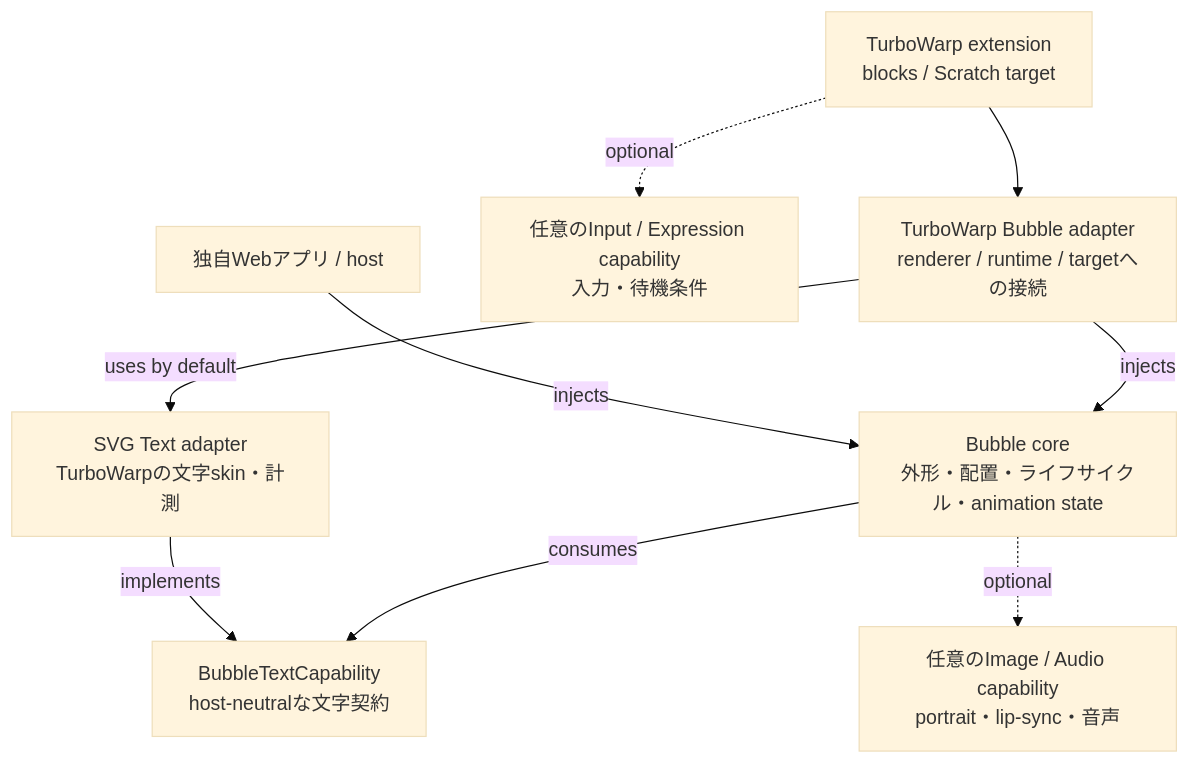
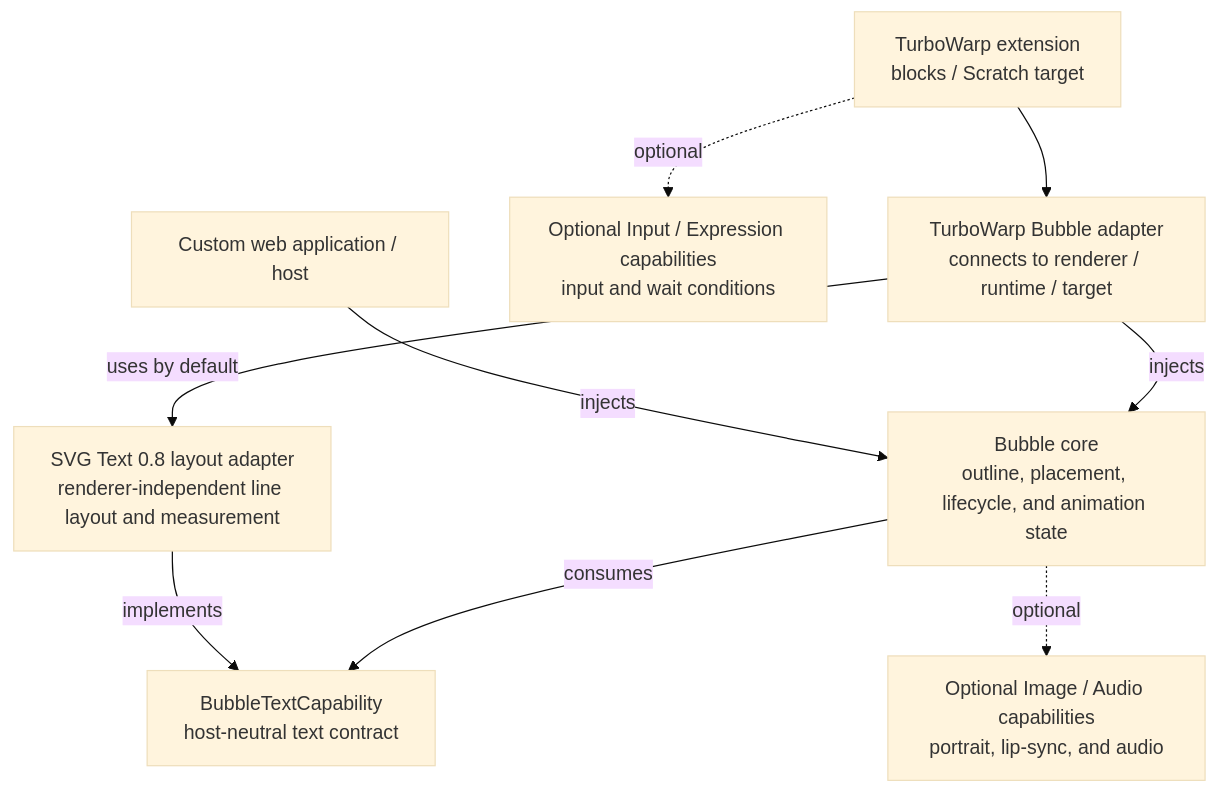
Before and after one commit to kubohiroya/turbowarp-bubble: the second of 6 diagrams in README.md, drawn with Mermaid (base theme). The commit also changed other lines of this file and 40 other files, not shown here.

````diff
--- a/README.md
+++ b/README.md
@@ -50,19 +54,19 @@
 ```mermaid
 flowchart TB
-  core["Bubble core\n外形・配置・ライフサイクル・animation state"]
-  contract["BubbleTextCapability\nhost-neutralな文字契約"]
-  twAdapter["TurboWarp Bubble adapter\nrenderer / runtime / targetへの接続"]
-  svgAdapter["SVG Text adapter\nTurboWarpの文字skin・計測"]
-  assets["任意のImage / Audio capability\nportrait・lip-sync・音声"]
-  input["任意のInput / Expression capability\n入力・待機条件"]
-  host["独自Webアプリ / host"]
+  core["Bubble core\noutline, placement, lifecycle, and animation state"]
+  contract["BubbleTextCapability\nhost-neutral text contract"]
+  twAdapter["TurboWarp Bubble adapter\nconnects to renderer / runtime / target"]
+  svgAdapter["SVG Text 0.8 layout adapter\nrenderer-independent line layout and measurement"]
+  assets["Optional Image / Audio capabilities\nportrait, lip-sync, and audio"]
+  input["Optional Input / Expression capabilities\ninput and wait conditions"]
+  host["Custom web application / host"]
   extension["TurboWarp extension\nblocks / Scratch target"]
   core -->|"consumes"| contract
   svgAdapter -->|"implements"| contract
   twAdapter -->|"injects"| core
   twAdapter -->|"uses by default"| svgAdapter
   host -->|"injects"| core
   core -."optional".-> assets
   extension --> twAdapter
   extension -."optional".-> input
 ```
````
